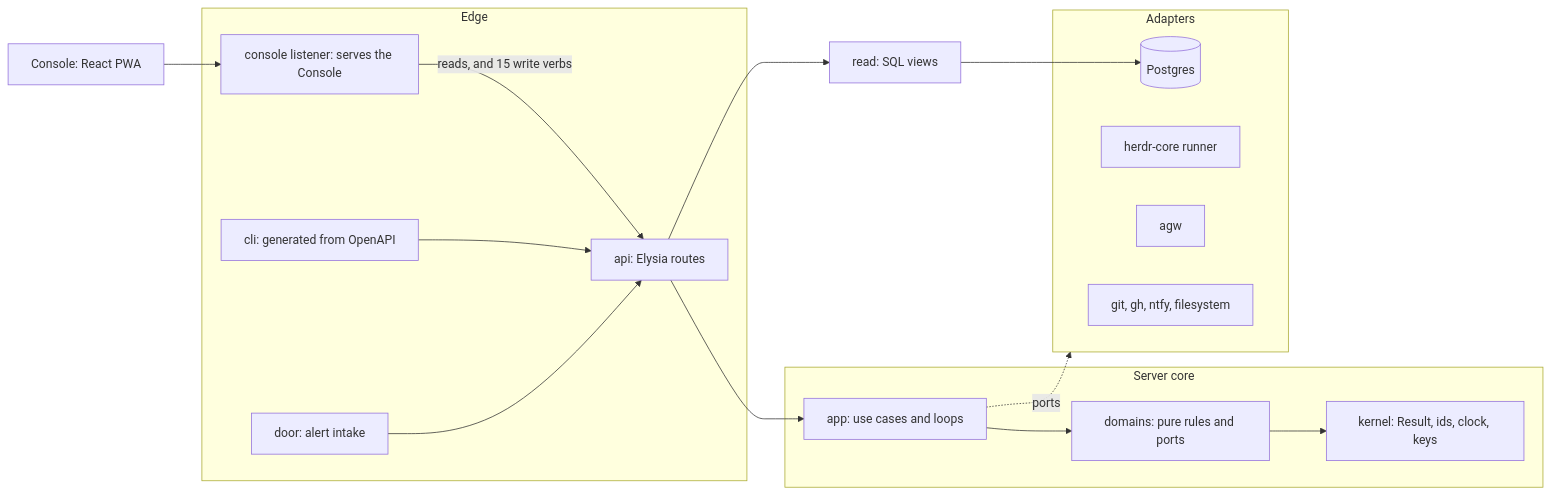
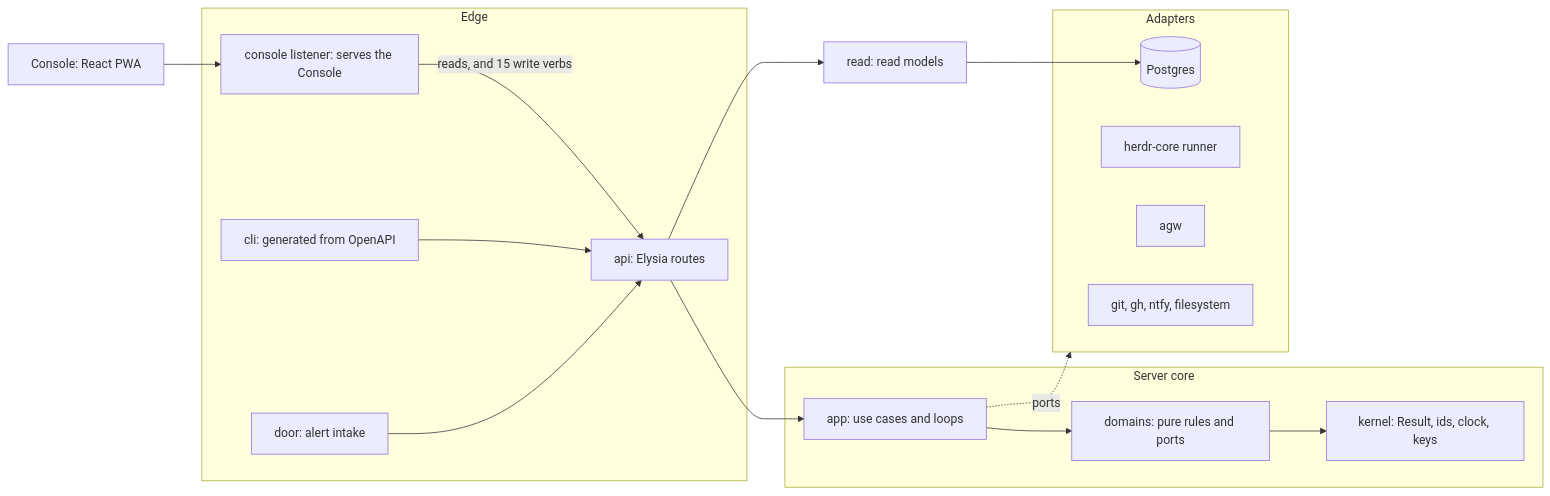
The diagram in README.md (jkrumm/software-factory), drawn with Mermaid before and after one commit. The commit also changed other lines of this file and 1 other file, not shown here.

````diff
--- a/README.md
+++ b/README.md
@@ -103,31 +435,31 @@
 ```mermaid
 flowchart LR
   subgraph edge [Edge]
     api[api: Elysia routes]
     console[console listener: serves the Console]
     cli[cli: generated from OpenAPI]
     door[door: alert intake]
   end
   subgraph core [Server core]
     app[app: use cases and loops]
     domains[domains: pure rules and ports]
     kernel[kernel: Result, ids, clock, keys]
   end
   subgraph out [Adapters]
     pg[(Postgres)]
     hc[herdr-core runner]
     agw[agw]
     other[git, gh, ntfy, filesystem]
   end
-  read[read: SQL views]
+  read[read: read models]
   spa[Console: React PWA] --> console
   console -->|reads, and 15 write verbs| api
   cli --> api
   door --> api
   api --> app
   api --> read
   app --> domains
   domains --> kernel
   app -.ports.-> out
   read --> pg
 ```
````
